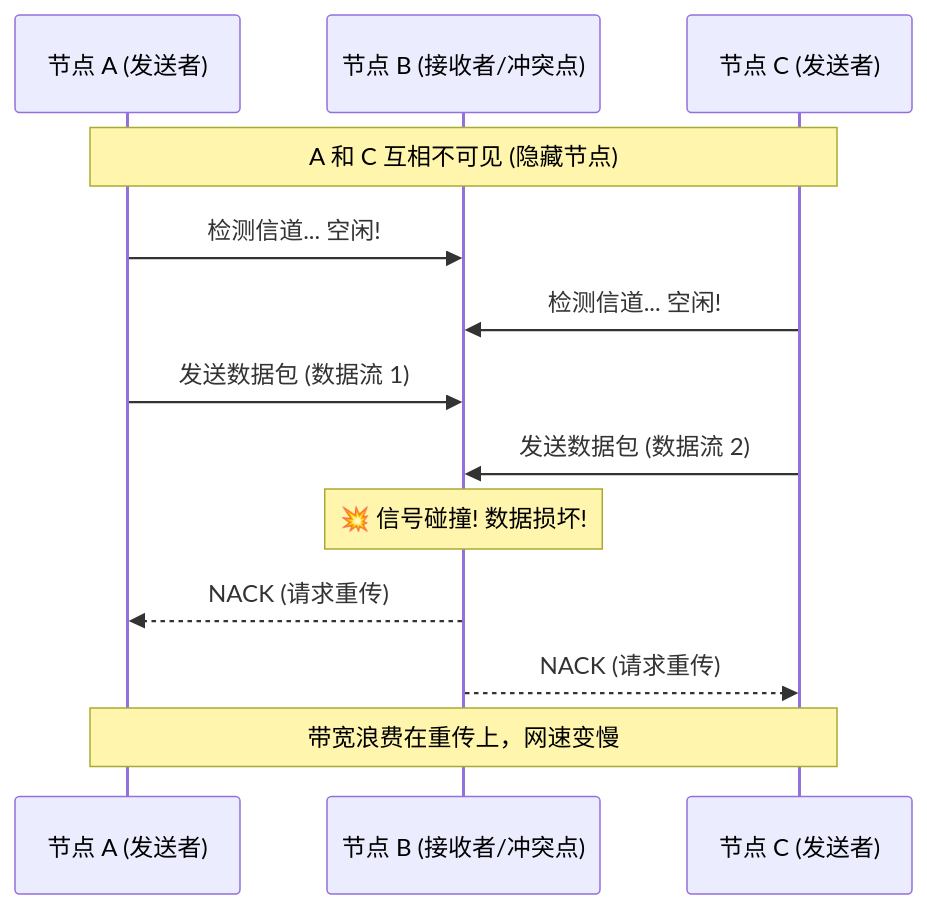
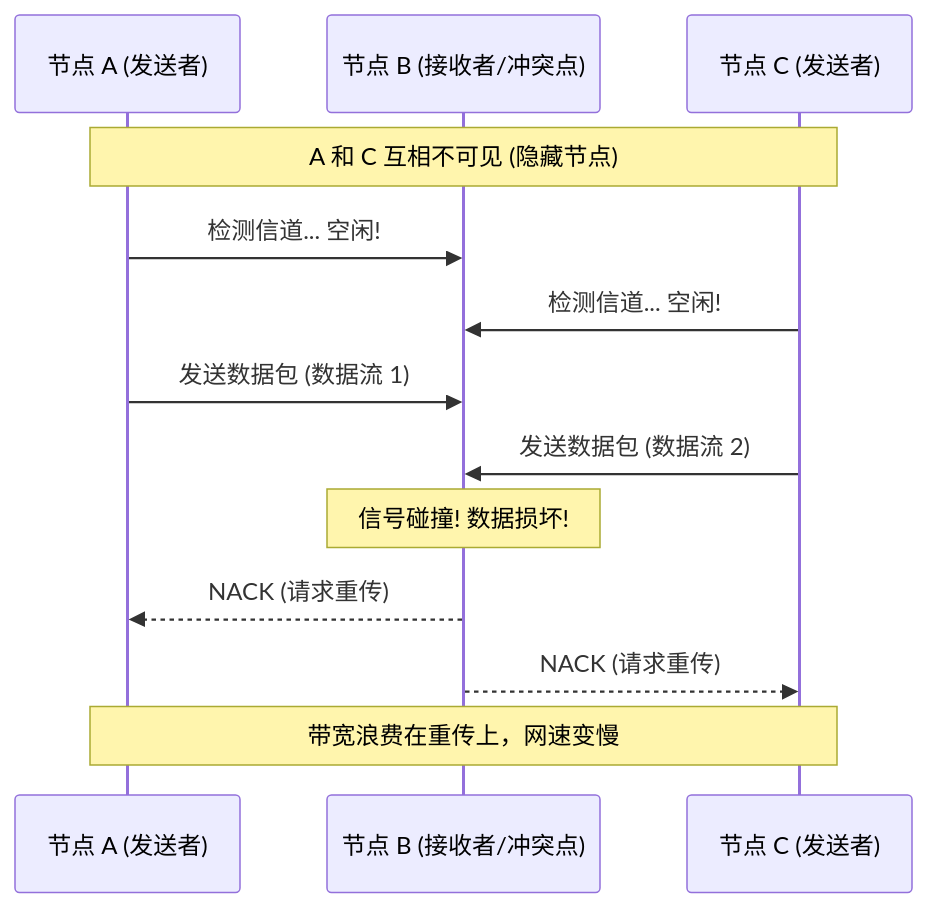
The diagram in src/content/posts/生活/浅谈古巴 SNET 街头网络.md (xuanyue1024/blog), drawn with Mermaid before and after one commit. The commit also changed other lines of this file and 8 other files, not shown here.

````diff
--- a/src/content/posts/生活/浅谈古巴 SNET 街头网络.md
+++ b/src/content/posts/生活/浅谈古巴 SNET 街头网络.md
@@ -122,21 +83,21 @@
 ```mermaid
 sequenceDiagram
     participant A as 节点 A (发送者)
     participant B as 节点 B (接收者/冲突点)
     participant C as 节点 C (发送者)
     
     Note over A,C: A 和 C 互相不可见 (隐藏节点)
     
     A->>B: 检测信道... 空闲!
     C->>B: 检测信道... 空闲!
     
     A->>B: 发送数据包 (数据流 1)
     C->>B: 发送数据包 (数据流 2)
     
-    Note over B: 💥 信号碰撞! 数据损坏!
+    Note over B: 信号碰撞! 数据损坏!
     
     B-->>A: NACK (请求重传)
     B-->>C: NACK (请求重传)
     
     Note over A,C: 带宽浪费在重传上，网速变慢
 ```
````
